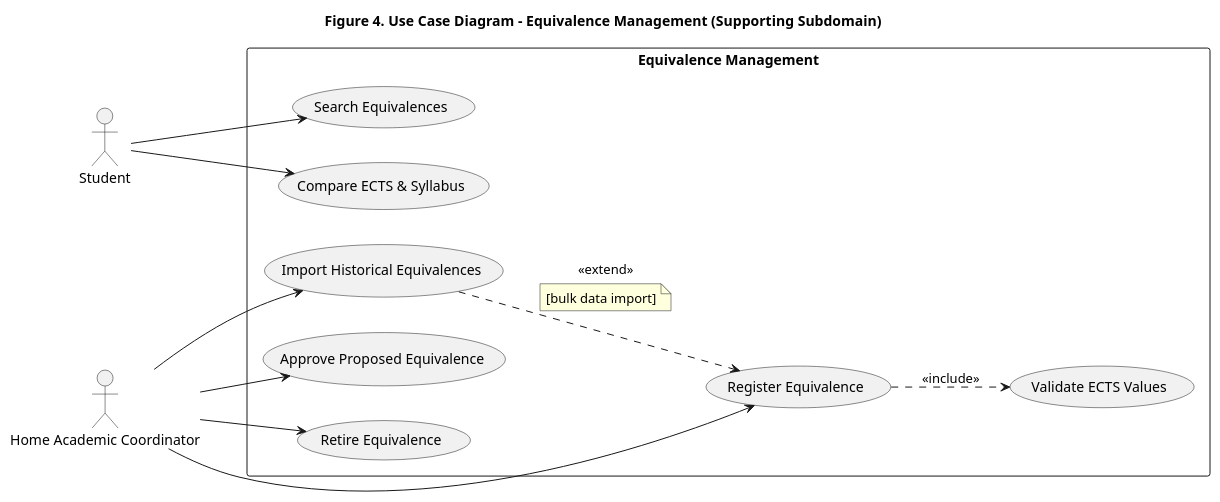
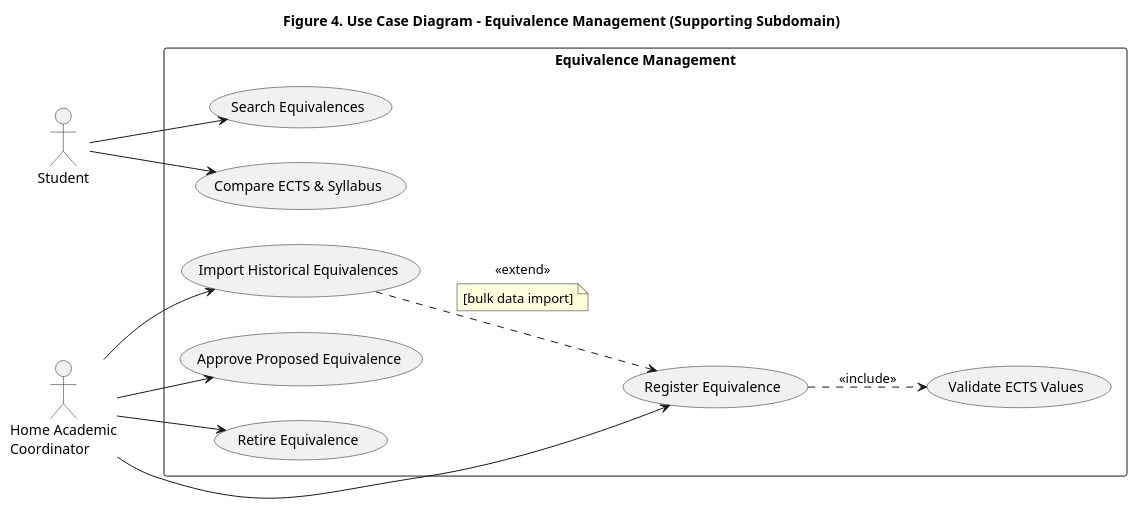
The diagram in docs/diagrams/usecase-equivalence-management.puml (prigo929/erasmus-mobility-platform), drawn with PlantUML before and after one commit. The commit also changed 28 other files, not shown here.

Commit message:
fix(diagrams): eliminate line collisions, fix XML comments, and convert all usecase diagrams to English vector format

```diff
--- a/docs/diagrams/usecase-equivalence-management.puml
+++ b/docs/diagrams/usecase-equivalence-management.puml
@@ -1,29 +1,30 @@
 @startuml
 title Figure 4. Use Case Diagram - Equivalence Management (Supporting Subdomain)
 left to right direction
 skinparam packageStyle rectangle
 
 actor "Student" as S
-actor "Home Academic Coordinator" as HC
+actor "Home Academic\nCoordinator" as HC
 
 rectangle "Equivalence Management" {
   usecase "Search Equivalences" as E1
   usecase "Compare ECTS & Syllabus" as E2
+  usecase "Import Historical Equivalences" as E5
   usecase "Register Equivalence" as E3
   usecase "Validate ECTS Values" as E4
-  usecase "Import Historical Equivalences" as E5
   usecase "Approve Proposed Equivalence" as E6
   usecase "Retire Equivalence" as E7
 }
 
 S --> E1
 S --> E2
+HC --> E5
 HC --> E3
-HC --> E5
 HC --> E6
 HC --> E7
 
-E3 ..> E4 : <<include>>
 E5 ..> E3 : <<extend>>
 note on link : [bulk data import]
+E3 ..> E4 : <<include>>
+
 @enduml
```
